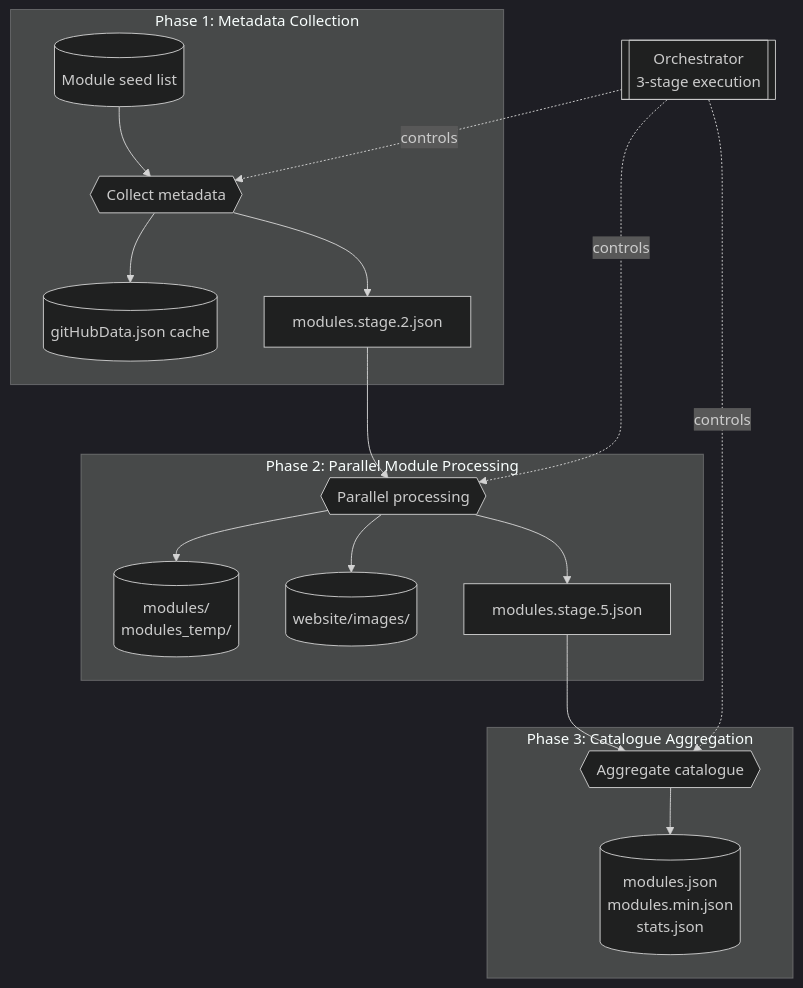
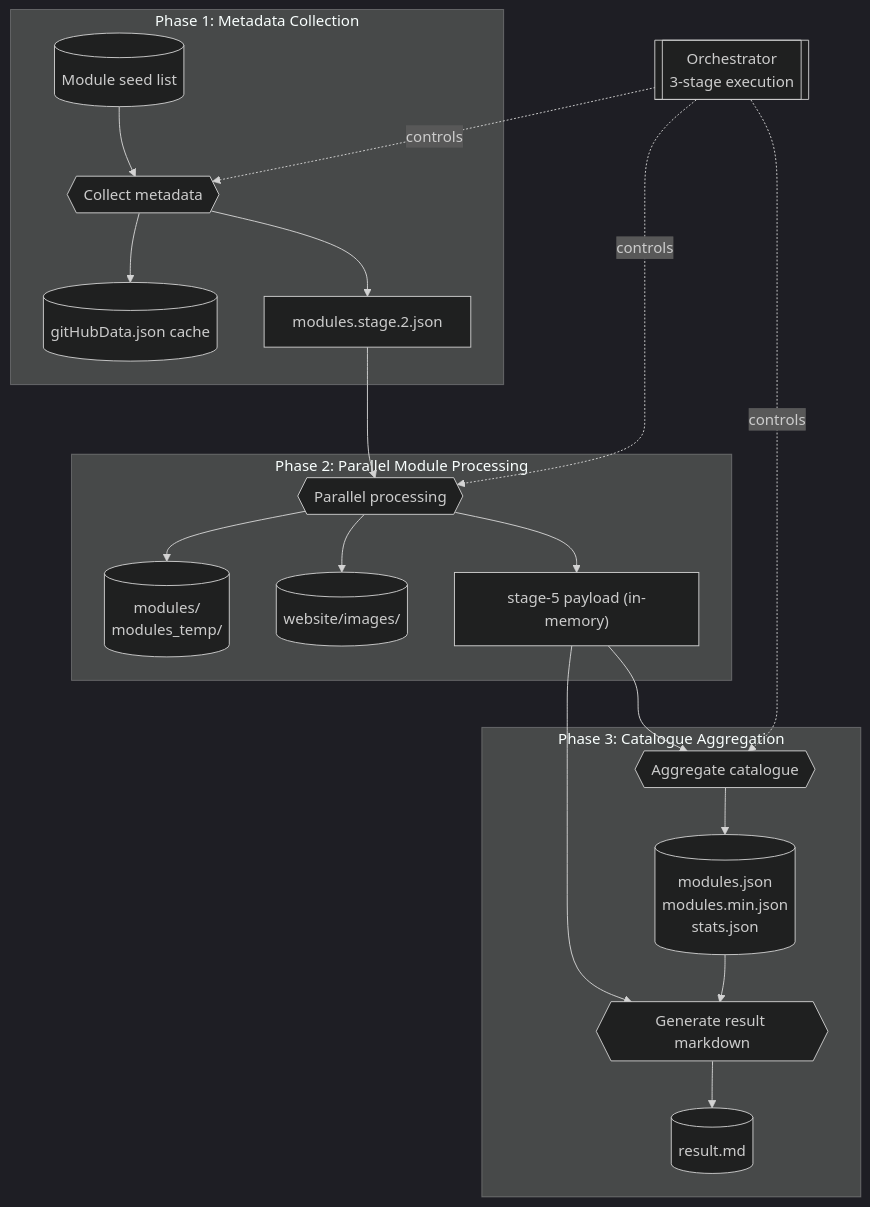
Before and after one commit to KristjanESPERANTO/MagicMirror-3rd-Party-Modules: the first of 5 diagrams in docs/architecture.md, drawn with Mermaid (dark theme). The commit also changed other lines of this file and 2 other files, not shown here.

Commit message:
docs(fixtures): update architecture docs and fixture expectations after stage5 removal

````diff
--- a/docs/architecture.md
+++ b/docs/architecture.md
@@ -19,26 +20,29 @@
 ```mermaid
 flowchart TB
   orchestrator[[Orchestrator<br>3-stage execution]]
 
   subgraph Phase 1: Metadata Collection
     seed[("Module seed list")] --> collect{{Collect metadata}}
     collect --> cache[("gitHubData.json cache")]
     collect --> stage2["modules.stage.2.json"]
   end
 
   subgraph Phase 2: Parallel Module Processing
     stage2 --> parallel{{Parallel processing}}
     parallel --> clones[("modules/<br>modules_temp/")]
     parallel --> images[("website/images/")]
-    parallel --> stage5["modules.stage.5.json"]
+    parallel --> stage5["stage-5 payload (in-memory)"]
   end
 
   subgraph Phase 3: Catalogue Aggregation
     stage5 --> aggregate{{Aggregate catalogue}}
     aggregate --> outputs[("modules.json<br>modules.min.json<br>stats.json")]
+    stage5 --> result{{Generate result markdown}}
+    outputs --> result
+    result --> resultMd[("result.md")]
   end
 
   orchestrator -.controls.-> collect
   orchestrator -.controls.-> parallel
   orchestrator -.controls.-> aggregate
 ```
````
